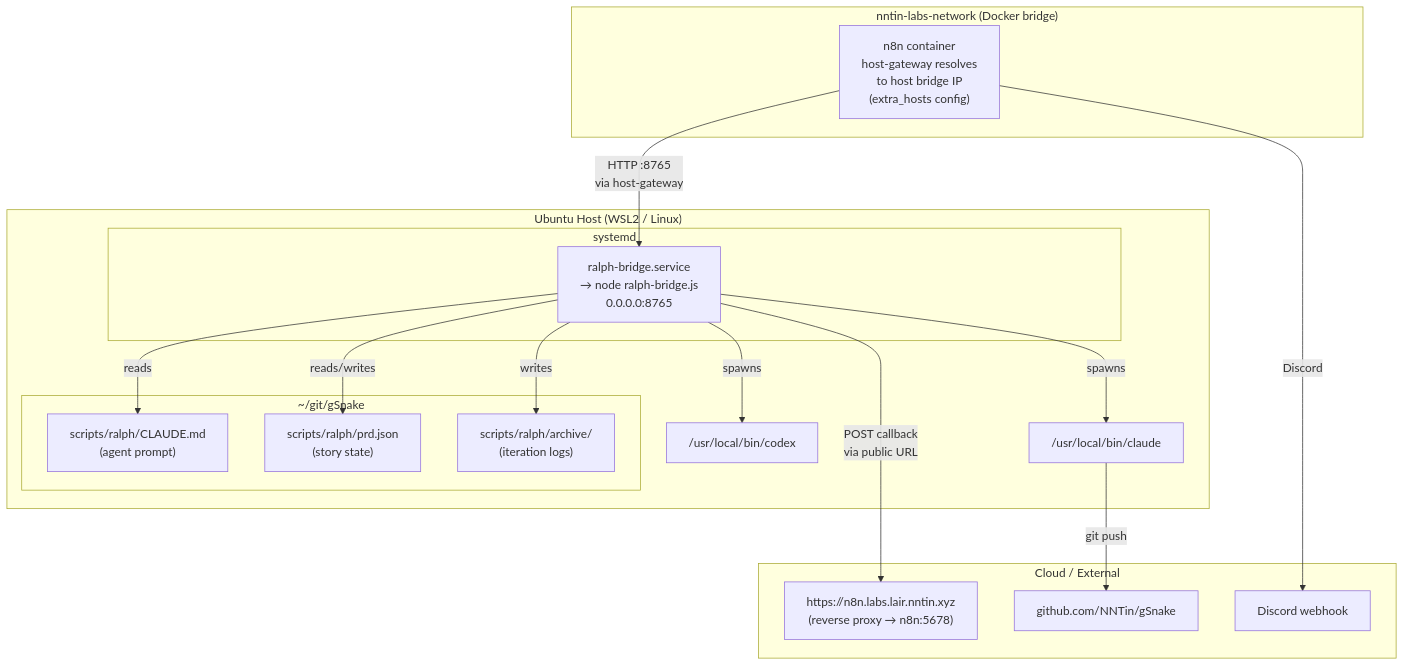
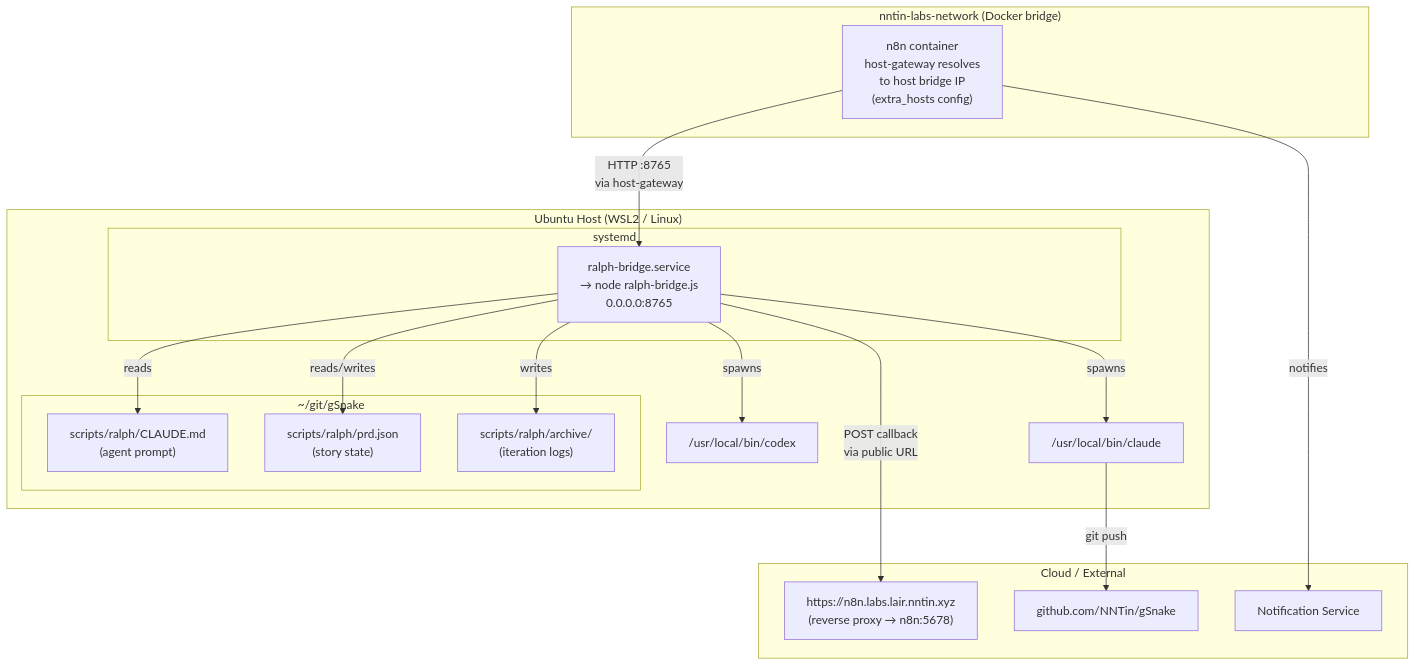
Before and after one commit to NNTin/gsnake-specs: the sixth of 8 diagrams in ralph-loop/architecture.md, drawn with Mermaid. The commit also changed other lines of this file, not shown here.

Commit message:
separated from ralph flow notification layer

````diff
--- a/ralph-loop/architecture.md
+++ b/ralph-loop/architecture.md
@@ -227,38 +246,38 @@
 ```mermaid
 graph TB
     subgraph Host["Ubuntu Host (WSL2 / Linux)"]
         subgraph SystemD["systemd"]
             BridgeSvc["ralph-bridge.service<br>→ node ralph-bridge.js<br>  0.0.0.0:8765"]
         end
 
         subgraph Repo["~/git/gSnake"]
             CLAUDE_MD["scripts/ralph/CLAUDE.md<br>(agent prompt)"]
             PRD["scripts/ralph/prd.json<br>(story state)"]
             Archive["scripts/ralph/archive/<br>(iteration logs)"]
         end
 
         Claude_Bin["/usr/local/bin/claude"]
         Codex_Bin["/usr/local/bin/codex"]
     end
 
     subgraph DockerNetwork["nntin-labs-network (Docker bridge)"]
         N8N_Container["n8n container<br>host-gateway resolves<br>to host bridge IP<br>(extra_hosts config)"]
     end
 
     subgraph CloudServices["Cloud / External"]
         N8N_URL["https://n8n.labs.lair.nntin.xyz<br>(reverse proxy → n8n:5678)"]
         GH["github.com/NNTin/gSnake"]
-        DC["Discord webhook"]
+        NS["Notification Service"]
     end
 
     BridgeSvc -->|"reads"| CLAUDE_MD
     BridgeSvc -->|"reads/writes"| PRD
     BridgeSvc -->|"writes"| Archive
     BridgeSvc -->|"spawns"| Claude_Bin
     BridgeSvc -->|"spawns"| Codex_Bin
 
     N8N_Container -->|"HTTP :8765<br>via host-gateway"| BridgeSvc
     BridgeSvc -->|"POST callback<br>via public URL"| N8N_URL
-    N8N_Container -->|"Discord"| DC
+    N8N_Container -->|"notifies"| NS
     Claude_Bin -->|"git push"| GH
 ```
````
